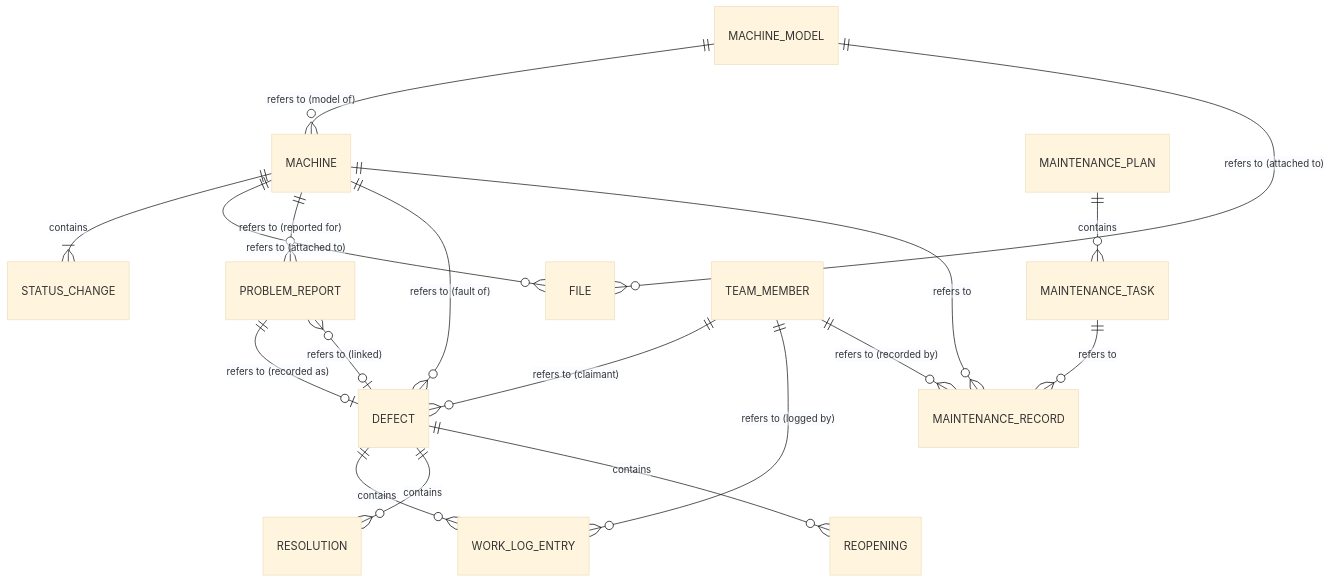
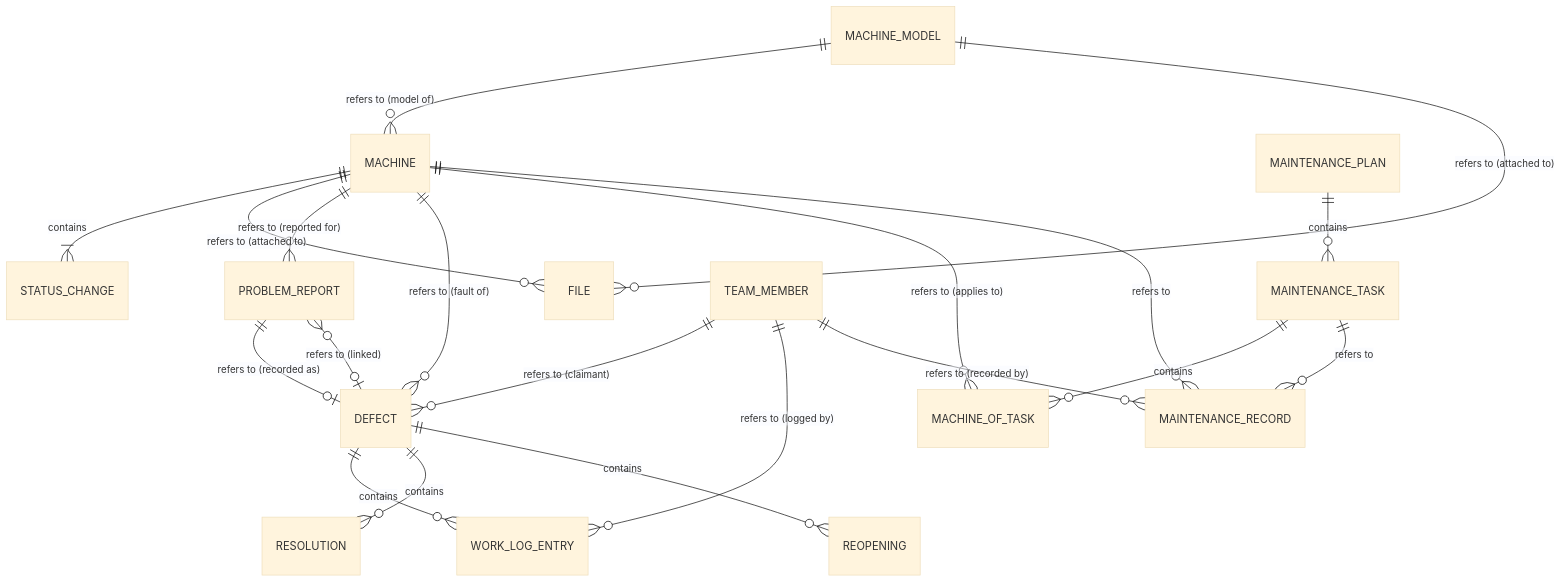
One commit to hemi1986/laguardia changed the first of 9 diagrams in docs/architecture/data-model.md. Above: the diagram before and after it, drawn with Mermaid (base theme). The commit also changed other lines of this file and 21 other files, not shown here.

First line of the commit message:
Discovery: per-machine maintenance, member pages, consistent layout and dark design

````diff
--- a/docs/architecture/data-model.md
+++ b/docs/architecture/data-model.md
@@ -43,20 +43,22 @@
 ```mermaid
 erDiagram
     MACHINE_MODEL ||--o{ MACHINE : "refers to (model of)"
     MACHINE ||--|{ STATUS_CHANGE : contains
     MACHINE_MODEL ||--o{ FILE : "refers to (attached to)"
     MACHINE ||--o{ FILE : "refers to (attached to)"
     MACHINE ||--o{ PROBLEM_REPORT : "refers to (reported for)"
     MACHINE ||--o{ DEFECT : "refers to (fault of)"
     PROBLEM_REPORT ||--o| DEFECT : "refers to (recorded as)"
     DEFECT |o--o{ PROBLEM_REPORT : "refers to (linked)"
     DEFECT ||--o{ WORK_LOG_ENTRY : contains
     DEFECT ||--o{ RESOLUTION : contains
     DEFECT ||--o{ REOPENING : contains
     MAINTENANCE_PLAN ||--o{ MAINTENANCE_TASK : contains
+    MAINTENANCE_TASK ||--o{ MACHINE_OF_TASK : contains
+    MACHINE ||--o{ MACHINE_OF_TASK : "refers to (applies to)"
     MAINTENANCE_TASK ||--o{ MAINTENANCE_RECORD : "refers to"
     MACHINE ||--o{ MAINTENANCE_RECORD : "refers to"
     TEAM_MEMBER ||--o{ DEFECT : "refers to (claimant)"
     TEAM_MEMBER ||--o{ WORK_LOG_ENTRY : "refers to (logged by)"
     TEAM_MEMBER ||--o{ MAINTENANCE_RECORD : "refers to (recorded by)"
 ```
````
